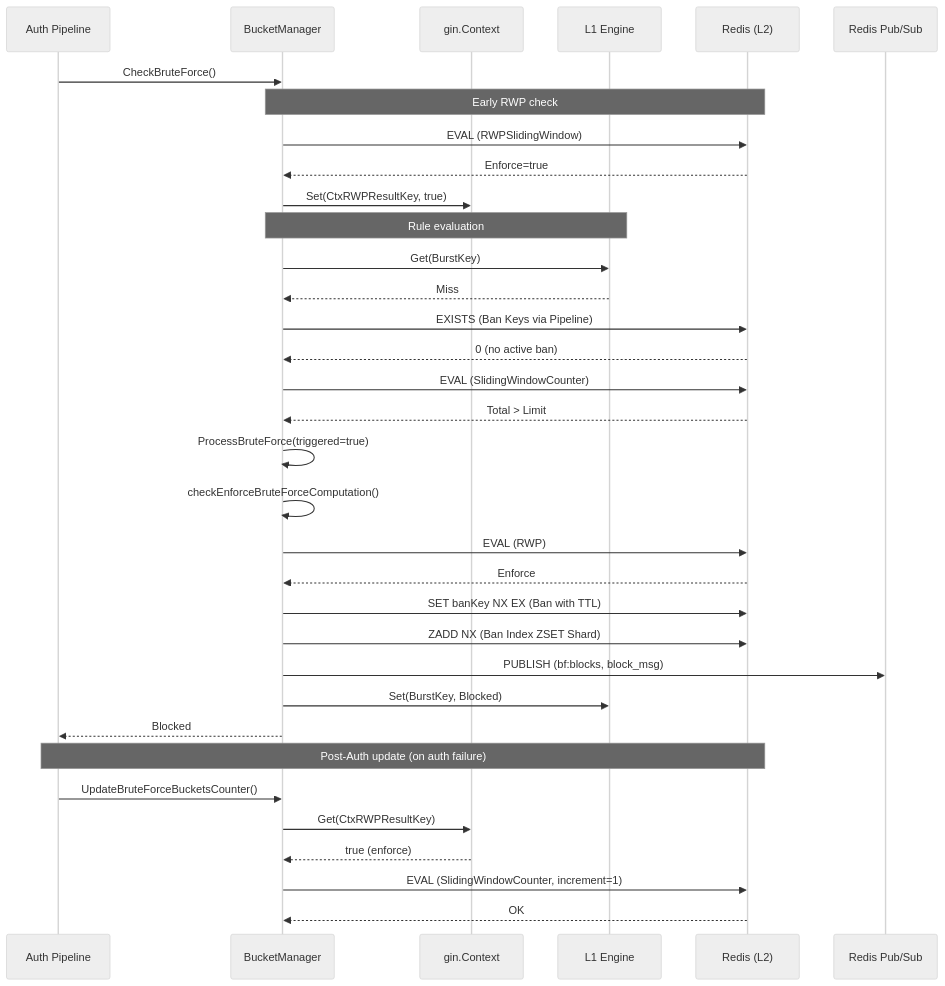
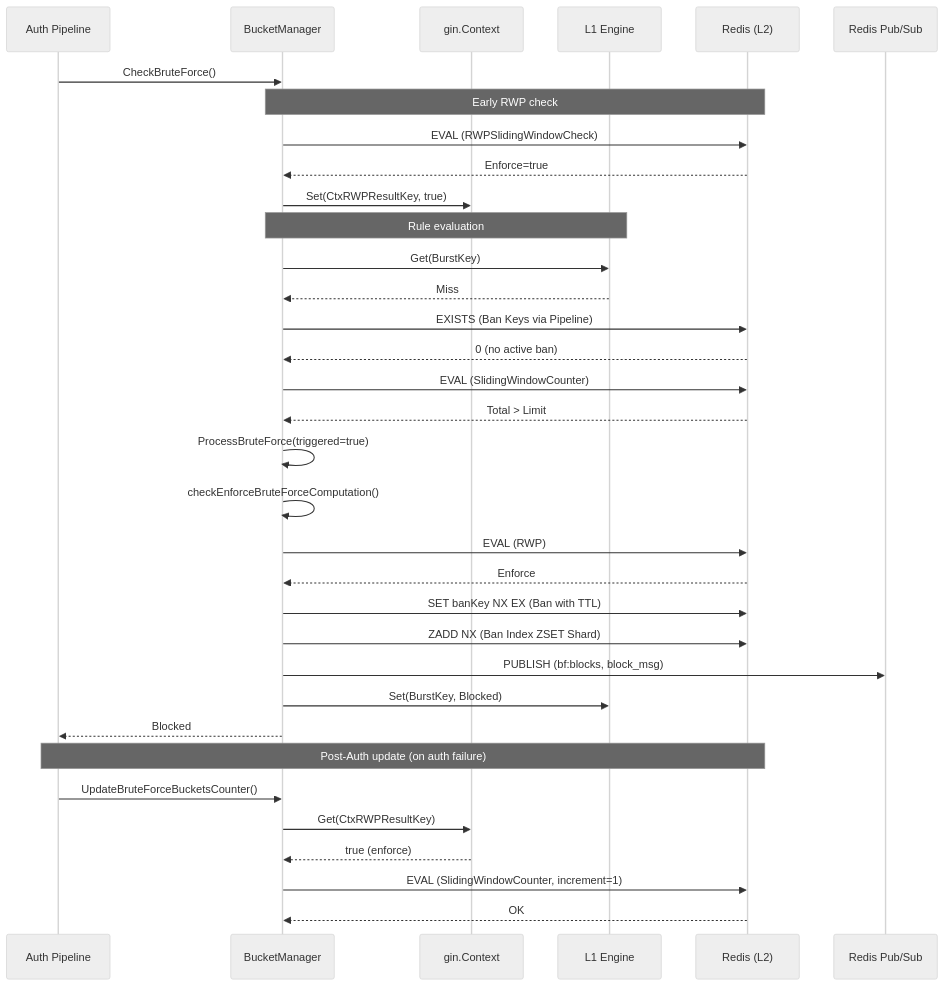
The third of 3 diagrams in server/docs/bruteforce_protection.md (croessner/nauthilus), drawn with Mermaid (neutral theme) before and after one commit. The commit also changed other lines of this file and 7 other files, not shown here.

````diff
--- a/server/docs/bruteforce_protection.md
+++ b/server/docs/bruteforce_protection.md
@@ -180,37 +185,37 @@
 ```mermaid
 sequenceDiagram
     participant C as Auth Pipeline
     participant BM as BucketManager
     participant Ctx as gin.Context
     participant L1 as L1 Engine
     participant R as Redis (L2)
     participant PS as Redis Pub/Sub
 
     C->>BM: CheckBruteForce()
     Note over BM, R: Early RWP check
-    BM ->> R: EVAL (RWPSlidingWindow)
+    BM ->> R: EVAL (RWPSlidingWindowCheck)
     R -->> BM: Enforce=true
     BM ->> Ctx: Set(CtxRWPResultKey, true)
     Note over BM, L1: Rule evaluation
     BM->>L1: Get(BurstKey)
     L1-->>BM: Miss
     BM ->> R: EXISTS (Ban Keys via Pipeline)
     R -->> BM: 0 (no active ban)
     BM->>R: EVAL (SlidingWindowCounter)
     R-->>BM: Total > Limit
     BM->>BM: ProcessBruteForce(triggered=true)
     BM->>BM: checkEnforceBruteForceComputation()
     BM ->> R: EVAL (RWP)
     R-->>BM: Enforce
     BM ->> R: SET banKey NX EX (Ban with TTL)
     BM ->> R: ZADD NX (Ban Index ZSET Shard)
     BM->>PS: PUBLISH (bf:blocks, block_msg)
     BM->>L1: Set(BurstKey, Blocked)
     BM-->>C: Blocked
     Note over C, R: Post-Auth update (on auth failure)
     C ->> BM: UpdateBruteForceBucketsCounter()
     BM ->> Ctx: Get(CtxRWPResultKey)
     Ctx -->> BM: true (enforce)
     BM ->> R: EVAL (SlidingWindowCounter, increment=1)
     R -->> BM: OK
 ```
````
